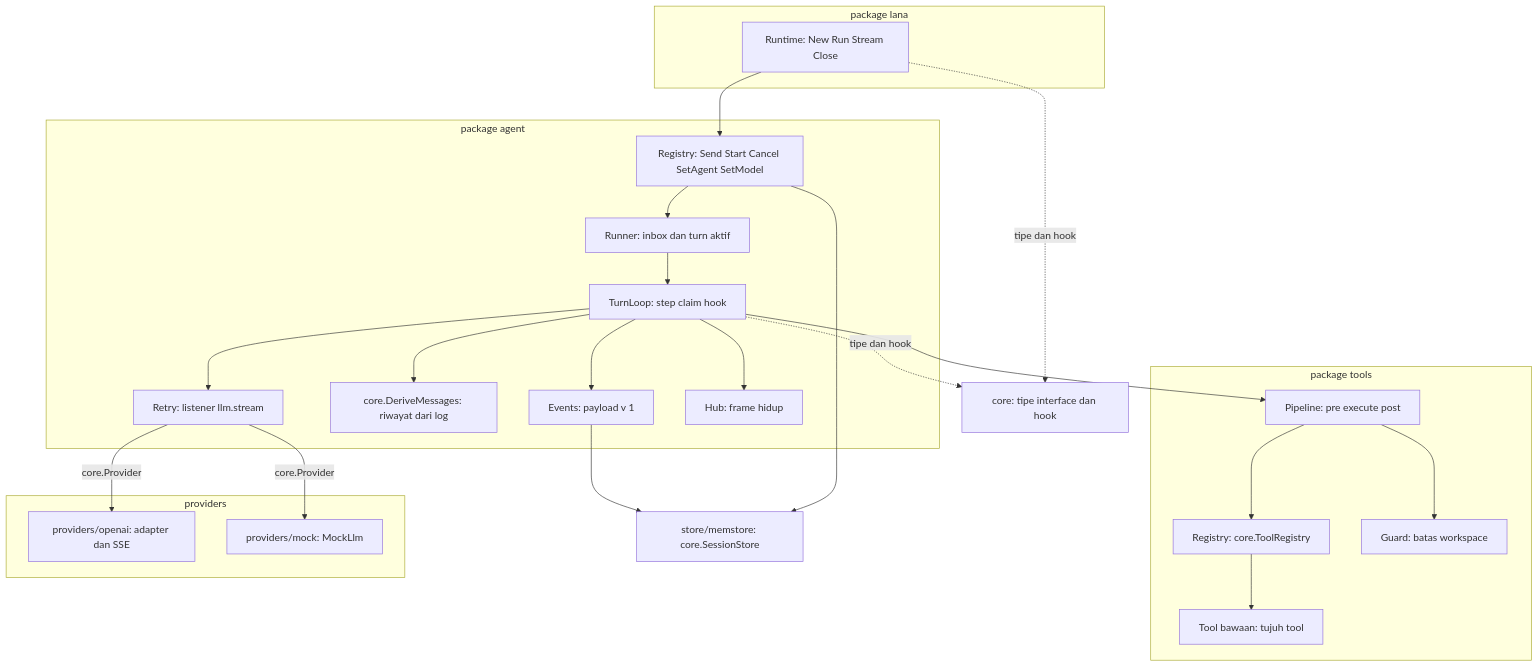
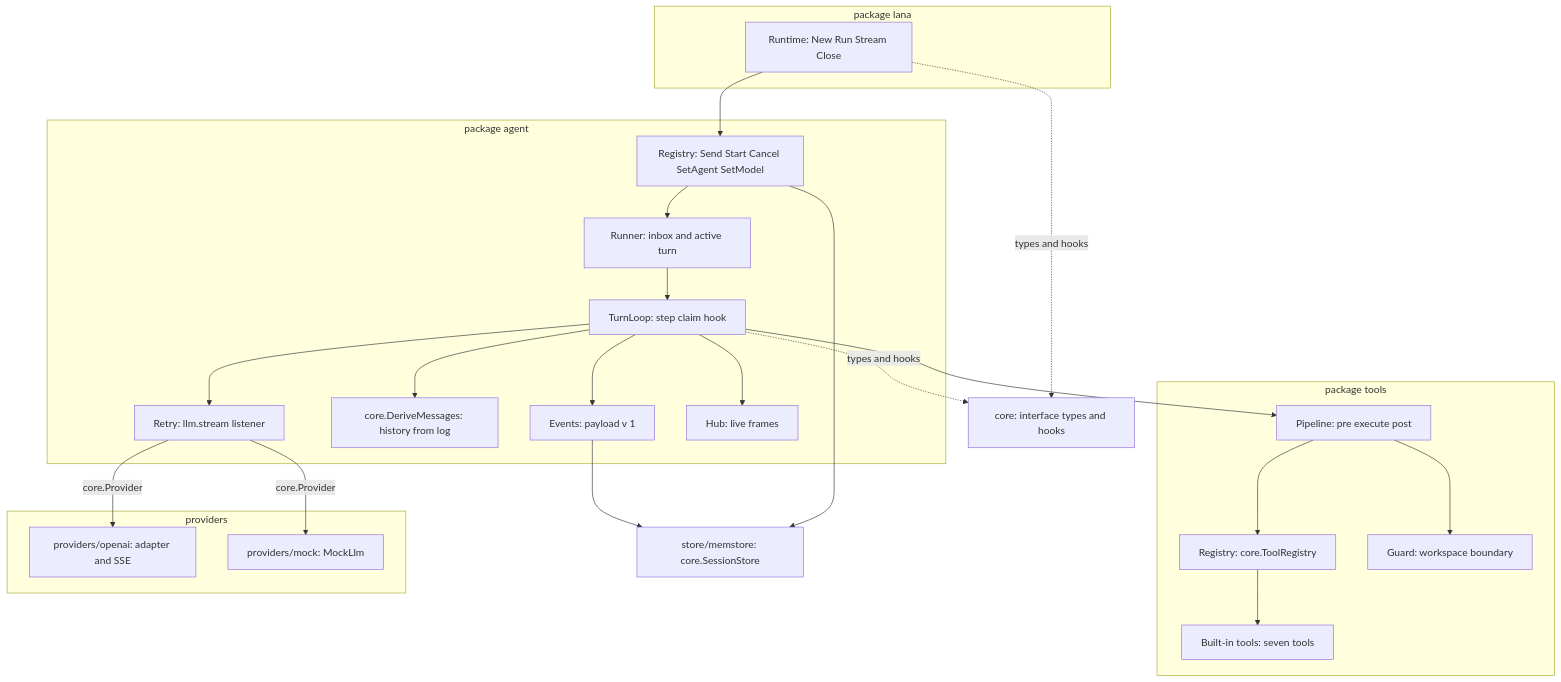
One commit to ridhomujizat/lana-harness changed the first of 5 diagrams in docs/specs/3-agent-loop/design.md. Above: the diagram before and after it, drawn with Mermaid. The commit also changed other lines of this file and 172 other files, not shown here.

````diff
--- a/docs/specs/3-agent-loop/design.md
+++ b/docs/specs/3-agent-loop/design.md
@@ -66,45 +66,45 @@
 ```mermaid
 flowchart TD
   subgraph Facade["package lana"]
     Rt["Runtime: New Run Stream Close"]
   end
   subgraph AgentPkg["package agent"]
     Reg["Registry: Send Start Cancel SetAgent SetModel"]
-    Run["Runner: inbox dan turn aktif"]
+    Run["Runner: inbox and active turn"]
     Turn["TurnLoop: step claim hook"]
-    Retry["Retry: listener llm.stream"]
-    Derive["core.DeriveMessages: riwayat dari log"]
+    Retry["Retry: llm.stream listener"]
+    Derive["core.DeriveMessages: history from log"]
     Events["Events: payload v 1"]
-    Hub["Hub: frame hidup"]
+    Hub["Hub: live frames"]
   end
   subgraph ToolsPkg["package tools"]
     TReg["Registry: core.ToolRegistry"]
     Pipe["Pipeline: pre execute post"]
-    Guard["Guard: batas workspace"]
-    Builtin["Tool bawaan: tujuh tool"]
+    Guard["Guard: workspace boundary"]
+    Builtin["Built-in tools: seven tools"]
   end
   subgraph Prov["providers"]
-    OAI["providers/openai: adapter dan SSE"]
+    OAI["providers/openai: adapter and SSE"]
     Mock["providers/mock: MockLlm"]
   end
   Mem["store/memstore: core.SessionStore"]
-  Core["core: tipe interface dan hook"]
+  Core["core: interface types and hooks"]
 
   Rt --> Reg
   Reg --> Run
   Run --> Turn
   Turn --> Derive
   Turn --> Events
   Turn --> Hub
   Turn --> Retry
   Turn --> Pipe
   Retry -- "core.Provider" --> OAI
   Retry -- "core.Provider" --> Mock
   Pipe --> Guard
   Pipe --> TReg
   TReg --> Builtin
   Events --> Mem
   Reg --> Mem
-  Rt -. "tipe dan hook" .-> Core
-  Turn -. "tipe dan hook" .-> Core
+  Rt -. "types and hooks" .-> Core
+  Turn -. "types and hooks" .-> Core
 ```
````
